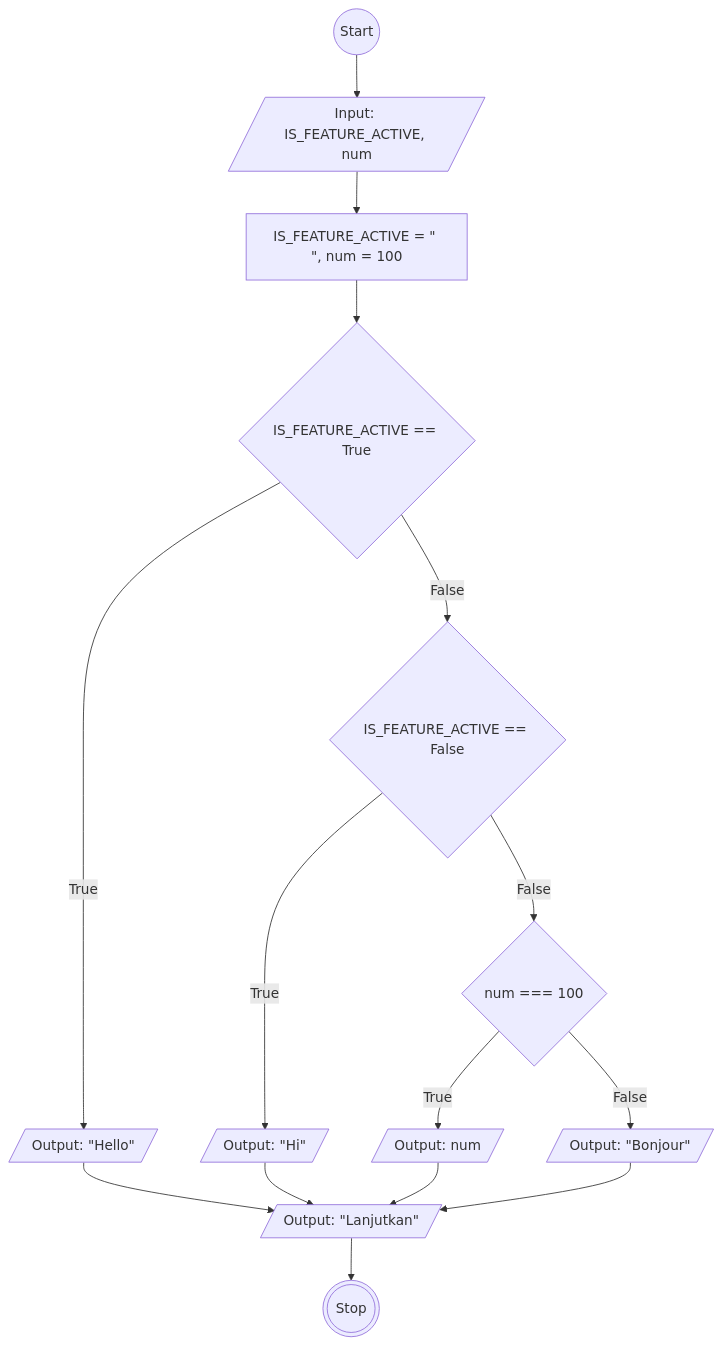
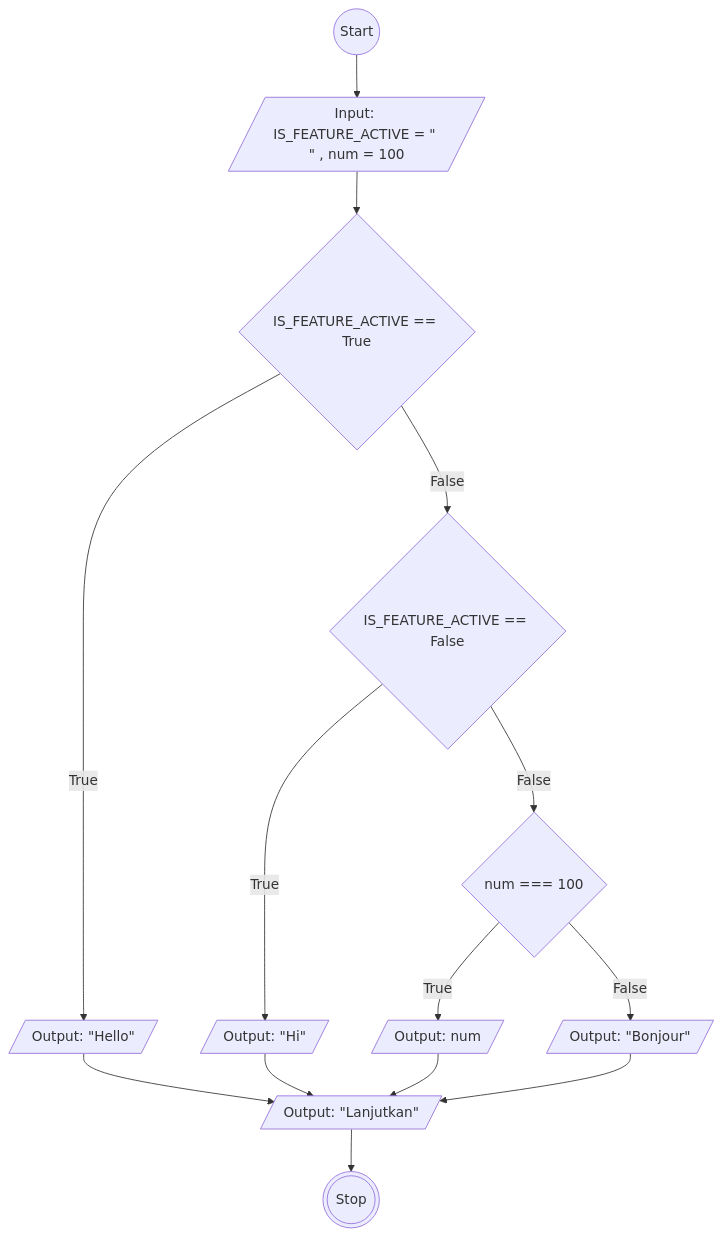
The diagram in flowchart-switch.md (Vincentius31/koda-b6-javascript1), drawn with Mermaid before and after one commit.

````diff
--- a/flowchart-switch.md
+++ b/flowchart-switch.md
@@ -1,23 +1,22 @@
 ```mermaid
 flowchart TD
 idStart((Start))
-idInput[/Input: IS_FEATURE_ACTIVE, num/]
-idProcess[IS_FEATURE_ACTIVE = #quot; #quot;, num = 100]
+idInput[/Input: IS_FEATURE_ACTIVE = #quot; #quot; , num = 100/]
 idSwitch{IS_FEATURE_ACTIVE == True}
 idOutputTrue[/Output: #quot;Hello#quot;/]
 idKondisiFalse{IS_FEATURE_ACTIVE == False}
 idOutputFalse[/Output: #quot;Hi#quot;/]
 kondisiDefault{num === 100}
 kondisiDefaultTrue[/Output: num/]
 kondisiDefaultFalse[/Output: #quot;Bonjour#quot;/]
 idOutputLanjutkan[/Output: #quot;Lanjutkan#quot;/]
 idStop(((Stop)))
 
-idStart --> idInput --> idProcess --> idSwitch
+idStart --> idInput --> idSwitch
 idSwitch -- True --> idOutputTrue --> idOutputLanjutkan --> idStop
 idSwitch -- False --> idKondisiFalse 
 idKondisiFalse -- True --> idOutputFalse --> idOutputLanjutkan 
 idKondisiFalse -- False --> kondisiDefault
 kondisiDefault -- True --> kondisiDefaultTrue --> idOutputLanjutkan
 kondisiDefault -- False --> kondisiDefaultFalse --> idOutputLanjutkan
 ```
````
